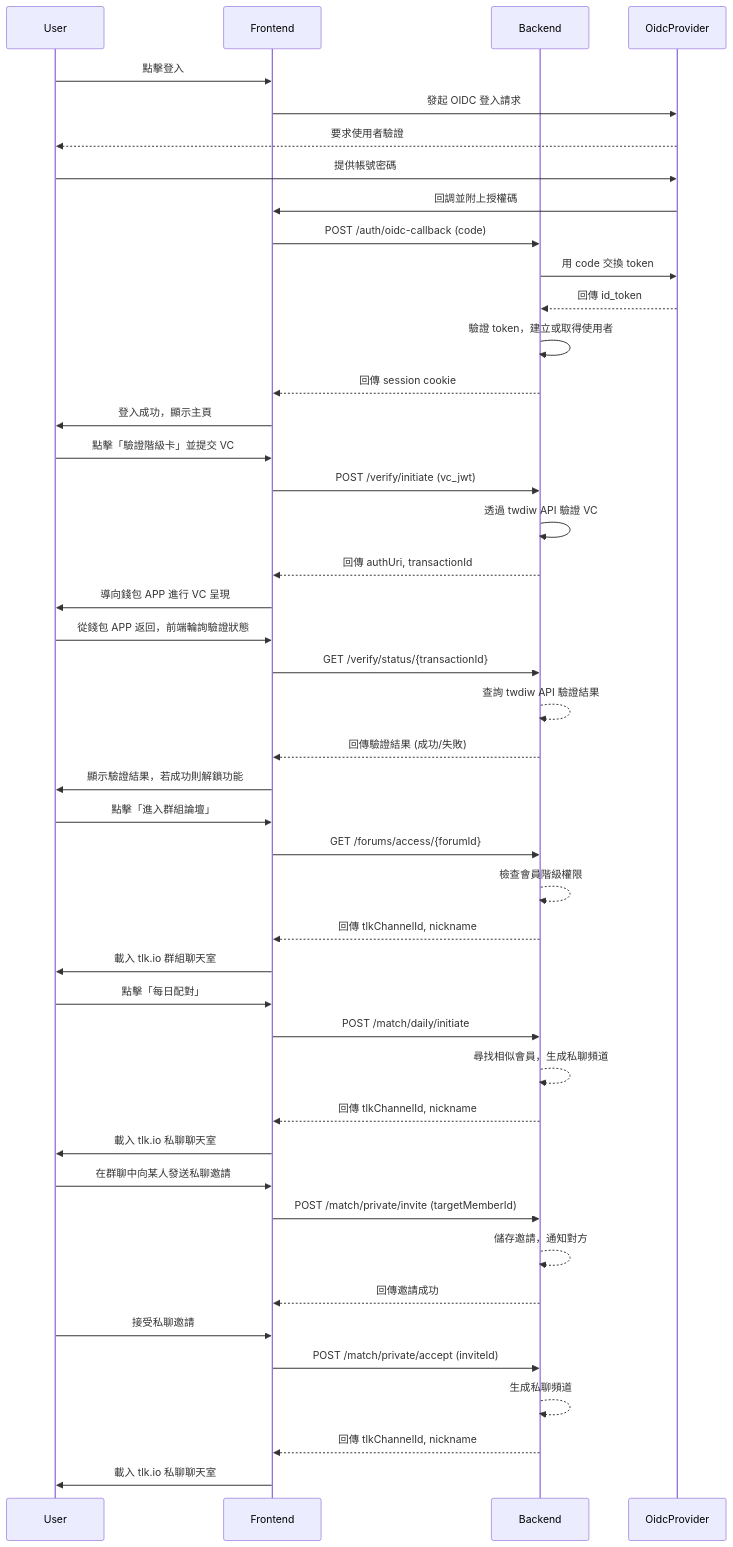
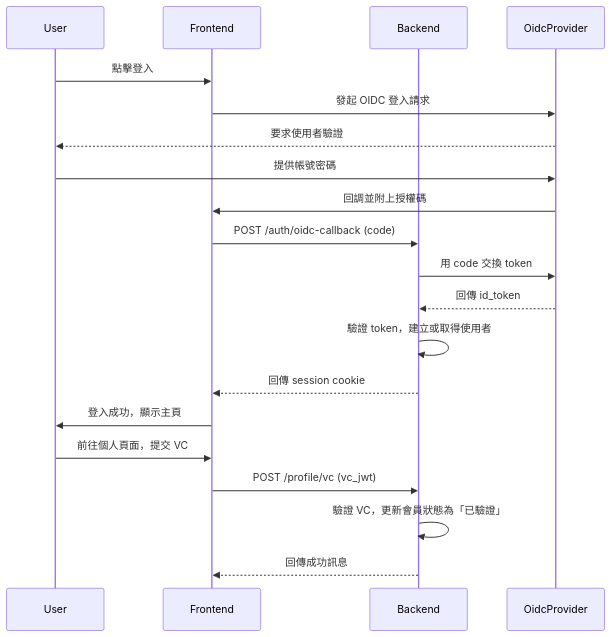
Before and after one commit to zeroflare/twdiw-chat: the second of 2 diagrams in doc/服務總覽.md, drawn with Mermaid. The commit also changed other lines of this file, not shown here.

````diff
--- a/doc/服務總覽.md
+++ b/doc/服務總覽.md
@@ -151,55 +134,23 @@
 ```mermaid
 sequenceDiagram
     participant User
     participant Frontend
     participant Backend
     participant OidcProvider
 
     User->>Frontend: 點擊登入
     Frontend->>OidcProvider: 發起 OIDC 登入請求
     OidcProvider-->>User: 要求使用者驗證
     User->>OidcProvider: 提供帳號密碼
     OidcProvider->>Frontend: 回調並附上授權碼
     Frontend->>Backend: POST /auth/oidc-callback (code)
     Backend->>OidcProvider: 用 code 交換 token
     OidcProvider-->>Backend: 回傳 id_token
     Backend->>Backend: 驗證 token，建立或取得使用者
     Backend-->>Frontend: 回傳 session cookie
     Frontend->>User: 登入成功，顯示主頁
-
-    User->>Frontend: 點擊「驗證階級卡」並提交 VC
-    Frontend->>Backend: POST /verify/initiate (vc_jwt)
-    Backend->>Backend: 透過 twdiw API 驗證 VC
-    Backend-->>Frontend: 回傳 authUri, transactionId
-    Frontend->>User: 導向錢包 APP 進行 VC 呈現
-
-    User->>Frontend: 從錢包 APP 返回，前端輪詢驗證狀態
-    Frontend->>Backend: GET /verify/status/{transactionId}
-    Backend-->>Backend: 查詢 twdiw API 驗證結果
-    Backend-->>Frontend: 回傳驗證結果 (成功/失敗)
-    Frontend->>User: 顯示驗證結果，若成功則解鎖功能
-
-    User->>Frontend: 點擊「進入群組論壇」
-    Frontend->>Backend: GET /forums/access/{forumId}
-    Backend-->>Backend: 檢查會員階級權限
-    Backend-->>Frontend: 回傳 tlkChannelId, nickname
-    Frontend->>User: 載入 tlk.io 群組聊天室
-
-    User->>Frontend: 點擊「每日配對」
-    Frontend->>Backend: POST /match/daily/initiate
-    Backend-->>Backend: 尋找相似會員，生成私聊頻道
-    Backend-->>Frontend: 回傳 tlkChannelId, nickname
-    Frontend->>User: 載入 tlk.io 私聊聊天室
-
-    User->>Frontend: 在群聊中向某人發送私聊邀請
-    Frontend->>Backend: POST /match/private/invite (targetMemberId)
-    Backend-->>Backend: 儲存邀請，通知對方
-    Backend-->>Frontend: 回傳邀請成功
-
-    User->>Frontend: 接受私聊邀請
-    Frontend->>Backend: POST /match/private/accept (inviteId)
-    Backend-->>Backend: 生成私聊頻道
-    Backend-->>Frontend: 回傳 tlkChannelId, nickname
-    Frontend->>User: 載入 tlk.io 私聊聊天室
-
+    User->>Frontend: 前往個人頁面，提交 VC
+    Frontend->>Backend: POST /profile/vc (vc_jwt)
+    Backend->>Backend: 驗證 VC，更新會員狀態為「已驗證」
+    Backend-->>Frontend: 回傳成功訊息
 ```
````
